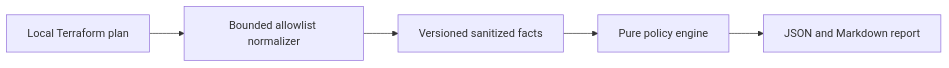
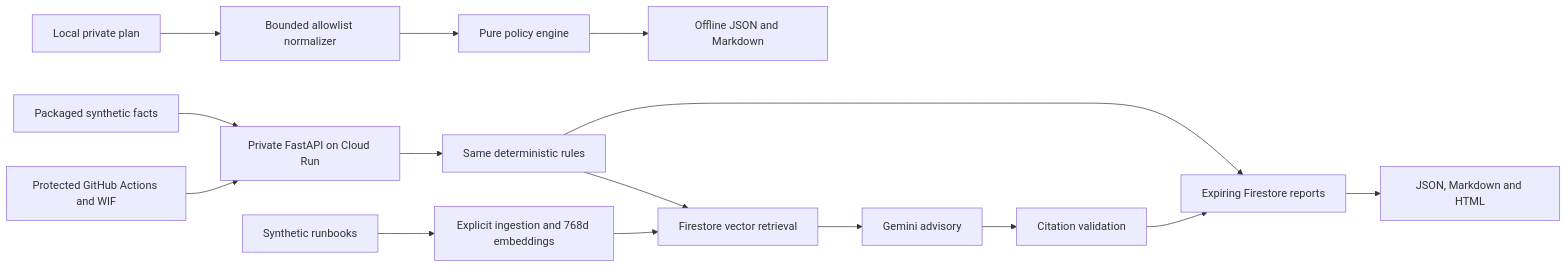
One commit to mdaninas/terramind-gcp changed the diagram in README.md. Above: the diagram before and after it, drawn with Mermaid. The commit also changed other lines of this file and 11 other files, not shown here.

````diff
--- a/README.md
+++ b/README.md
@@ -64,7 +105,17 @@
 ```mermaid
 flowchart LR
-    A[Local Terraform plan] --> B[Bounded allowlist normalizer]
-    B --> C[Versioned sanitized facts]
-    C --> D[Pure policy engine]
-    D --> E[JSON and Markdown report]
+    A[Local private plan] --> B[Bounded allowlist normalizer]
+    B --> C[Pure policy engine]
+    C --> D[Offline JSON and Markdown]
+    S[Packaged synthetic facts] --> E[Private FastAPI on Cloud Run]
+    E --> F[Same deterministic rules]
+    F --> G[Firestore vector retrieval]
+    G --> H[Gemini advisory]
+    H --> I[Citation validation]
+    F --> J[Expiring Firestore reports]
+    I --> J
+    J --> K[JSON, Markdown and HTML]
+    L[Synthetic runbooks] --> M[Explicit ingestion and 768d embeddings]
+    M --> G
+    N[Protected GitHub Actions and WIF] --> E
 ```
````
